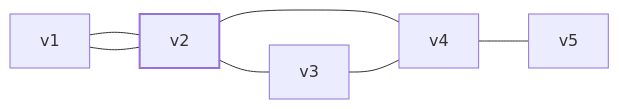
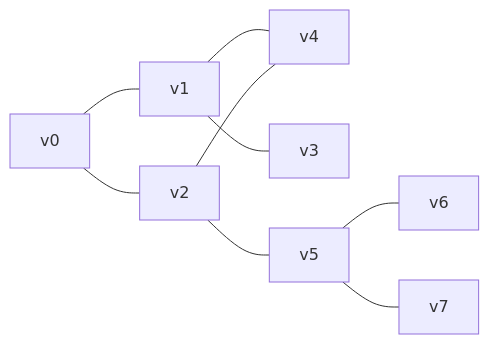
The second of 12 diagrams in Readme.Md (Arictronic/Testbag), drawn with Mermaid before and after one commit. The commit also changed other lines of this file, not shown here.

````diff
--- a/Readme.Md
+++ b/Readme.Md
@@ -140,10 +31,11 @@
 ```mermaid
 graph LR
-v1 --- v2:::e1
-v1 --- v2:::e2
-v2 --- v3:::e3
-v2 --- v4:::e4
-v3 --- v4:::e5
-v4 --- v5:::e6
-classDef e1 stroke-width:2px;
+v0---v1
+v0---v2
+v1---v4
+v2---v4
+v1---v3
+v2---v5
+v5---v6
+v5---v7
 ```
````
